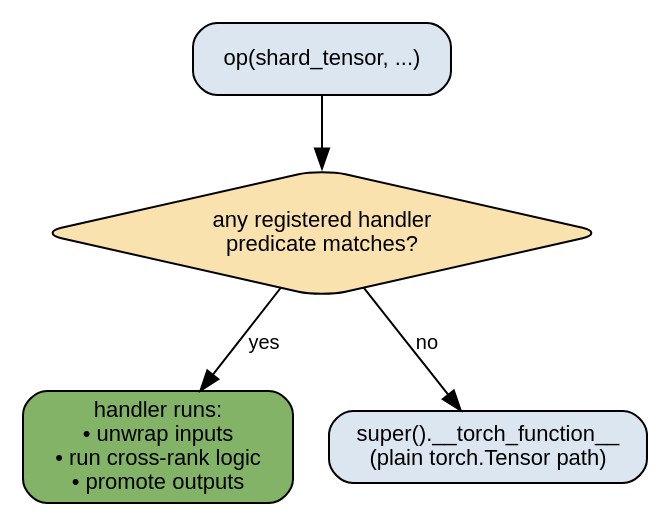
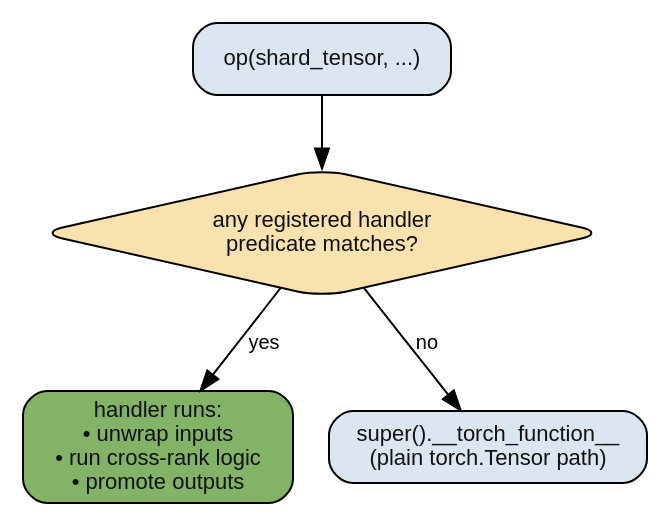
One commit to NVIDIA/nvalchemi-toolkit changed the first of 2 diagrams in docs/userguide/distributed_shardtensor.md. Above: the diagram before and after it, drawn with Graphviz. The commit also changed other lines of this file and 7 other files, not shown here.

````diff
--- a/docs/userguide/distributed_shardtensor.md
+++ b/docs/userguide/distributed_shardtensor.md
@@ -71,20 +71,20 @@
 ```{graphviz}
 :caption: Dispatch decision tree for an op called on a ShardTensor.
 
 digraph dispatch {
     rankdir=TB
     fontname="Helvetica"
     node [fontname="Helvetica" fontsize=11 shape=box style="rounded,filled"]
     edge [fontname="Helvetica" fontsize=10]
 
-    Op [label="op(shard_tensor, ...)" fillcolor="#dce6f1"]
-    Pred [label="any registered handler\npredicate matches?" fillcolor="#f9e2ae" shape=diamond]
+    Op [label="op(shard_tensor, ...)" fillcolor="#dce6f1" fontcolor="#111111"]
+    Pred [label="any registered handler\npredicate matches?" fillcolor="#f9e2ae" fontcolor="#111111" shape=diamond]
     Handler [label="handler runs:\n• unwrap inputs\n• run cross-rank logic\n• promote outputs"
-             fillcolor="#82b366"]
-    Fallback [label="super().__torch_function__\n(plain torch.Tensor path)" fillcolor="#dce6f1"]
+             fillcolor="#82b366" fontcolor="#111111"]
+    Fallback [label="super().__torch_function__\n(plain torch.Tensor path)" fillcolor="#dce6f1" fontcolor="#111111"]
 
     Op -> Pred
     Pred -> Handler [label="yes"]
     Pred -> Fallback [label="no"]
 }
 ```
````
